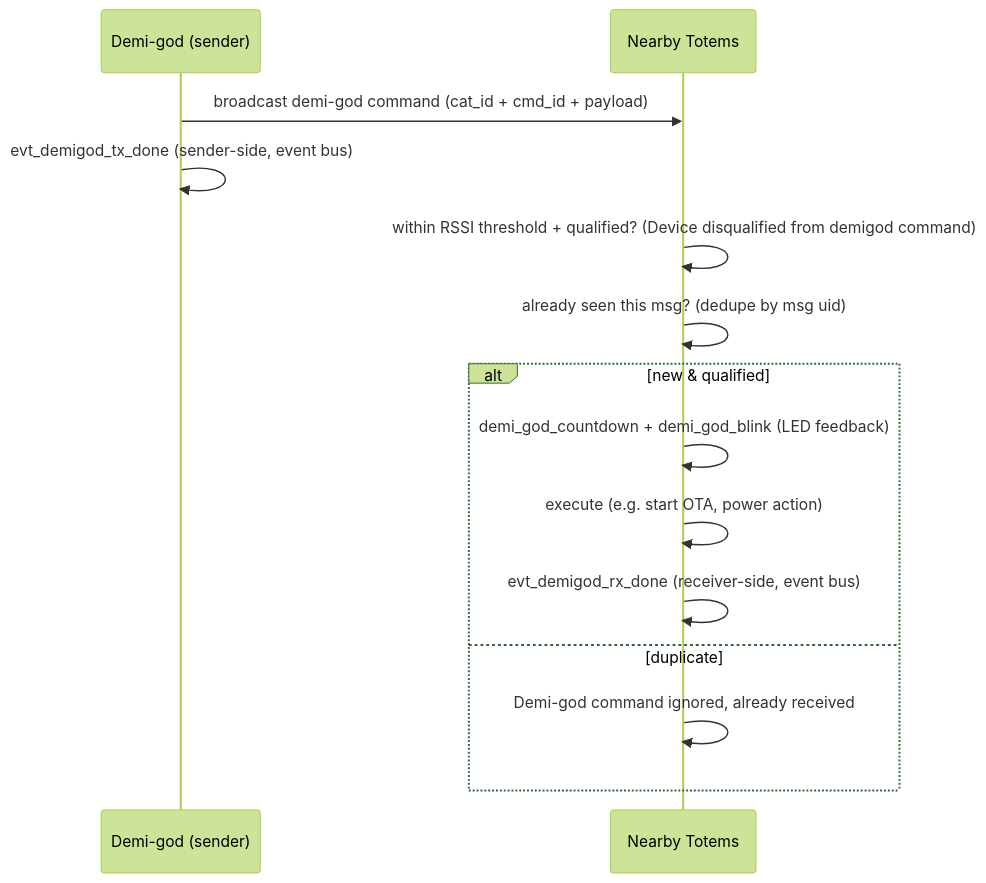
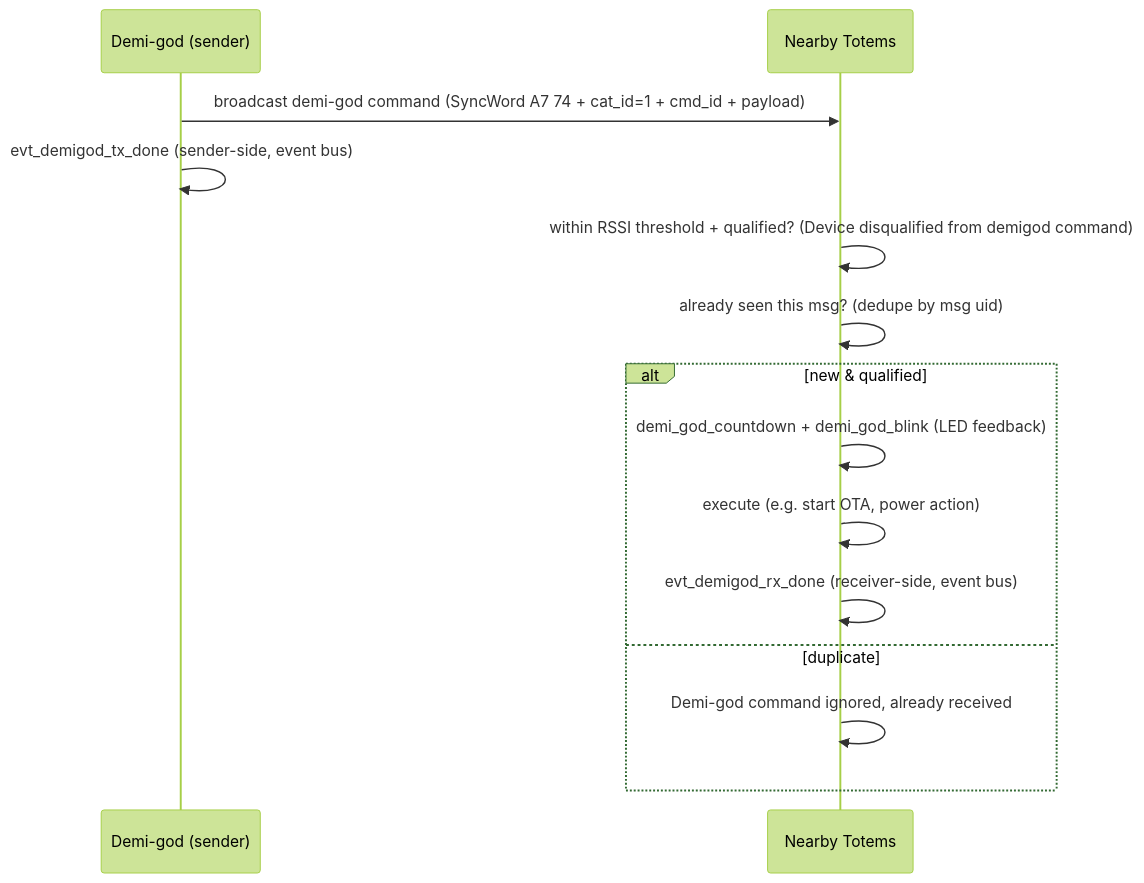
The diagram in docs/protocols/demigod.mdx (ljagiello/totem), drawn with Mermaid (forest theme) before and after one commit. The commit also changed other lines of this file and 15 other files, not shown here.

````diff
--- a/docs/protocols/demigod.mdx
+++ b/docs/protocols/demigod.mdx
@@ -33,16 +43,16 @@
 ```mermaid
 sequenceDiagram
   participant D as Demi-god (sender)
   participant T as Nearby Totems
-  D->>T: broadcast demi-god command (cat_id + cmd_id + payload)
+  D->>T: broadcast demi-god command (SyncWord A7 74 + cat_id=1 + cmd_id + payload)
   D->>D: evt_demigod_tx_done (sender-side, event bus)
   T->>T: within RSSI threshold + qualified? (Device disqualified from demigod command)
   T->>T: already seen this msg? (dedupe by msg uid)
   alt new & qualified
     T->>T: demi_god_countdown + demi_god_blink (LED feedback)
     T->>T: execute (e.g. start OTA, power action)
     T->>T: evt_demigod_rx_done (receiver-side, event bus)
   else duplicate
     T->>T: Demi-god command ignored, already received
   end
 ```
````
